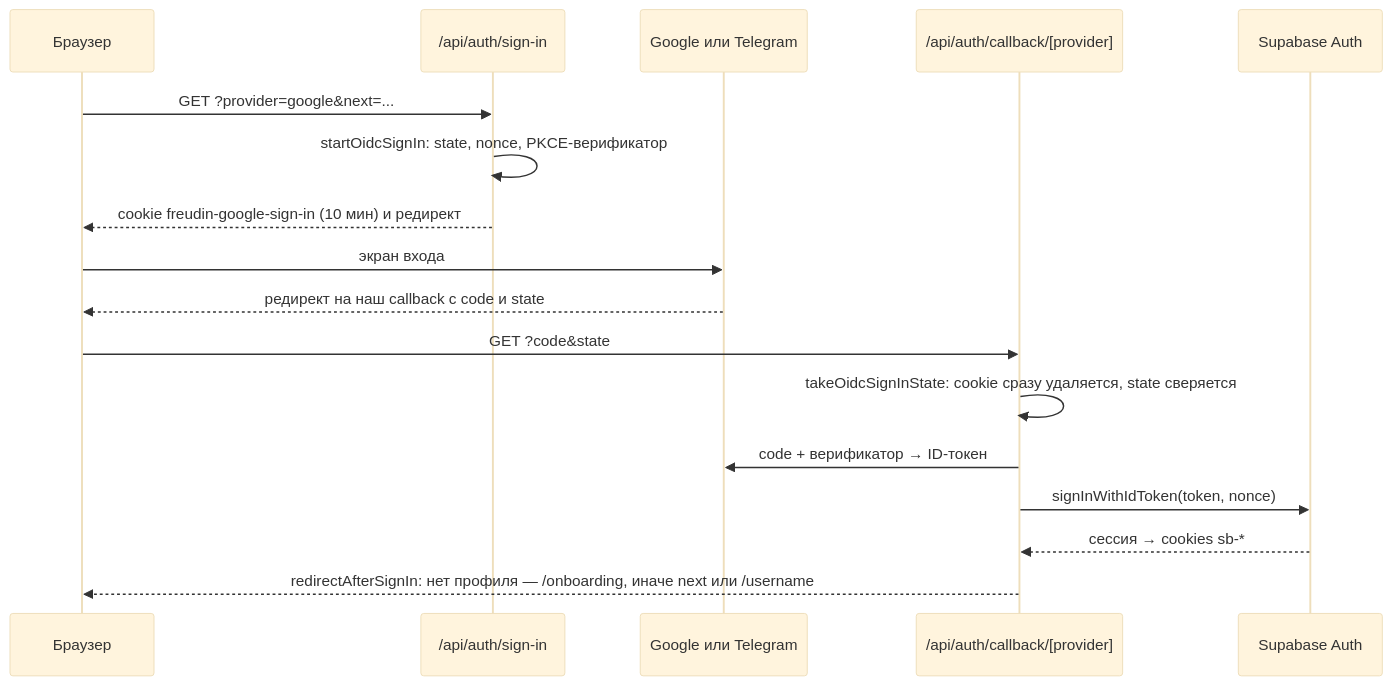
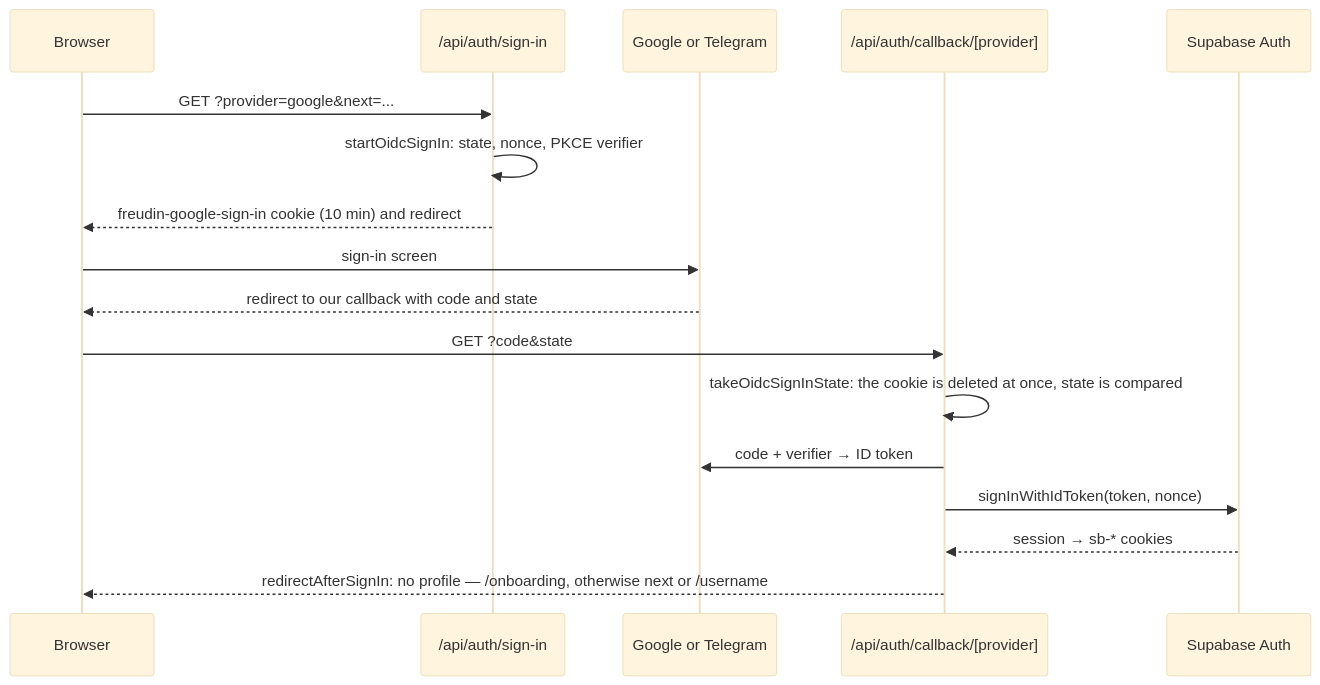
Before and after one commit to verkhoturov/freudin-website: the second of 5 diagrams in docs/architecture/dynamic.md, drawn with Mermaid (base theme). The commit also changed other lines of this file and 74 other files, not shown here.

````diff
--- a/docs/architecture/dynamic.md
+++ b/docs/architecture/dynamic.md
@@ -56,20 +57,20 @@
 ```mermaid
 sequenceDiagram
-    participant B as Браузер
+    participant B as Browser
     participant S as /api/auth/sign-in
-    participant P as Google или Telegram
+    participant P as Google or Telegram
     participant CB as /api/auth/callback/[provider]
     participant A as Supabase Auth
 
     B->>S: GET ?provider=google&next=...
-    S->>S: startOidcSignIn: state, nonce, PKCE-верификатор
-    S-->>B: cookie freudin-google-sign-in (10 мин) и редирект
-    B->>P: экран входа
-    P-->>B: редирект на наш callback с code и state
+    S->>S: startOidcSignIn: state, nonce, PKCE verifier
+    S-->>B: freudin-google-sign-in cookie (10 min) and redirect
+    B->>P: sign-in screen
+    P-->>B: redirect to our callback with code and state
     B->>CB: GET ?code&state
-    CB->>CB: takeOidcSignInState: cookie сразу удаляется, state сверяется
-    CB->>P: code + верификатор → ID-токен
+    CB->>CB: takeOidcSignInState: the cookie is deleted at once, state is compared
+    CB->>P: code + verifier → ID token
     CB->>A: signInWithIdToken(token, nonce)
-    A-->>CB: сессия → cookies sb-*
-    CB-->>B: redirectAfterSignIn: нет профиля — /onboarding, иначе next или /username
+    A-->>CB: session → sb-* cookies
+    CB-->>B: redirectAfterSignIn: no profile — /onboarding, otherwise next or /username
 ```
````
